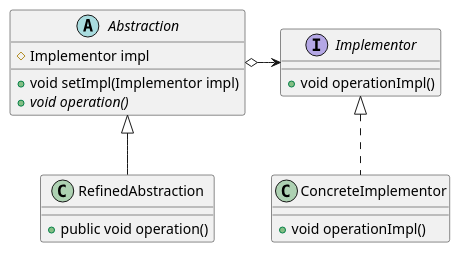
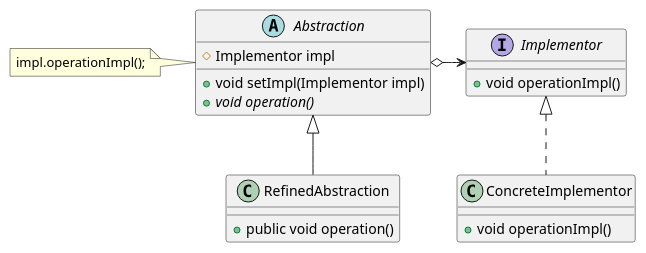
Before and after one commit to nyannko/coder-notes: the diagram in src/mei/designpattern/bridge/structure/bridgestructure.puml, drawn with PlantUML. The commit also changed 53 other files, not shown here.

```diff
--- a/src/mei/designpattern/bridge/structure/bridgestructure.puml
+++ b/src/mei/designpattern/bridge/structure/bridgestructure.puml
@@ -1,26 +1,29 @@
 @startuml
 
 abstract class Abstraction {
 #Implementor impl
 +void setImpl(Implementor impl)
 +{abstract} void operation()
 }
 
 class RefinedAbstraction {
 +public void operation()
 }
 
 Interface Implementor {
 +void operationImpl()
 }
 
 class ConcreteImplementor {
 +void operationImpl()
 }
 
+note left of Abstraction
+impl.operationImpl();
+end note
 
 Implementor <|.. ConcreteImplementor
 Abstraction <|-- RefinedAbstraction
 Abstraction o-right-> Implementor
 
 @enduml
```
